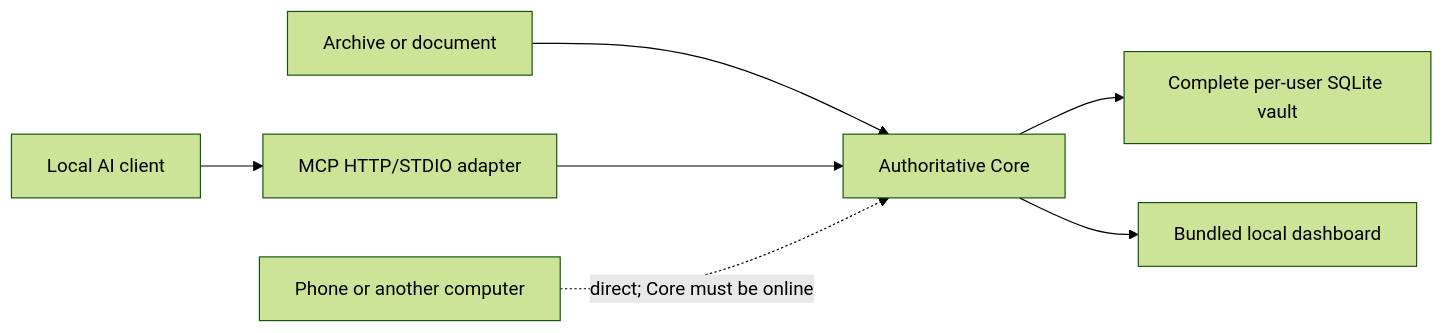
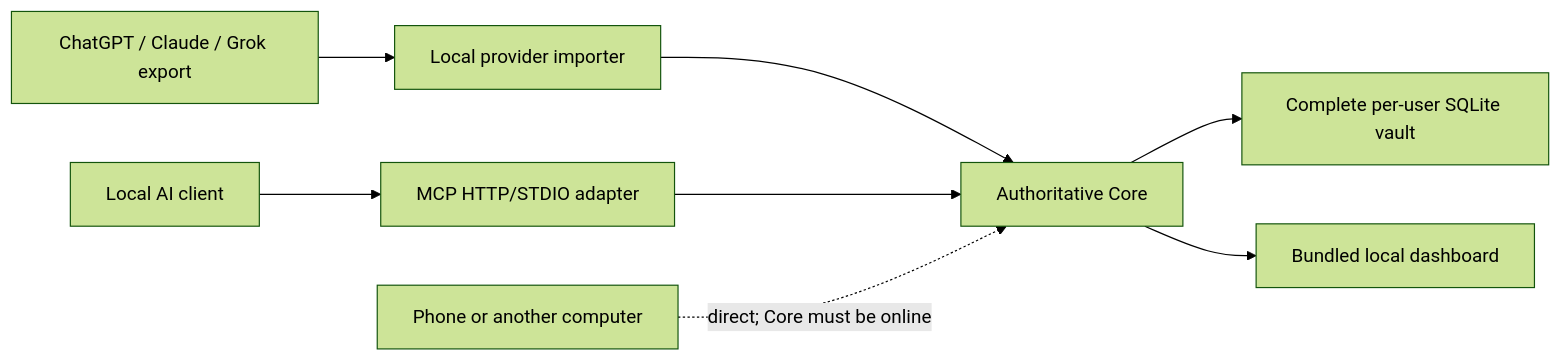
One commit to Martian-ux/All-The-Context changed the diagram in docs/architecture/ARCHITECTURE.md. Above: the diagram before and after it, drawn with Mermaid (forest theme). The commit also changed other lines of this file and 36 other files, not shown here.

Commit message:
Add local provider archive ingestion

````diff
--- a/docs/architecture/ARCHITECTURE.md
+++ b/docs/architecture/ARCHITECTURE.md
@@ -20,9 +20,10 @@
 ```mermaid
 flowchart LR
-  Import["Archive or document"] --> Core["Authoritative Core"]
+  Providers["ChatGPT / Claude / Grok export"] --> Import["Local provider importer"]
+  Import --> Core["Authoritative Core"]
   LocalAI["Local AI client"] --> Adapter["MCP HTTP/STDIO adapter"]
   Adapter --> Core
   Mobile["Phone or another computer"] -. "direct; Core must be online" .-> Core
   Core --> DB["Complete per-user SQLite vault"]
   Core --> UI["Bundled local dashboard"]
 ```
````
